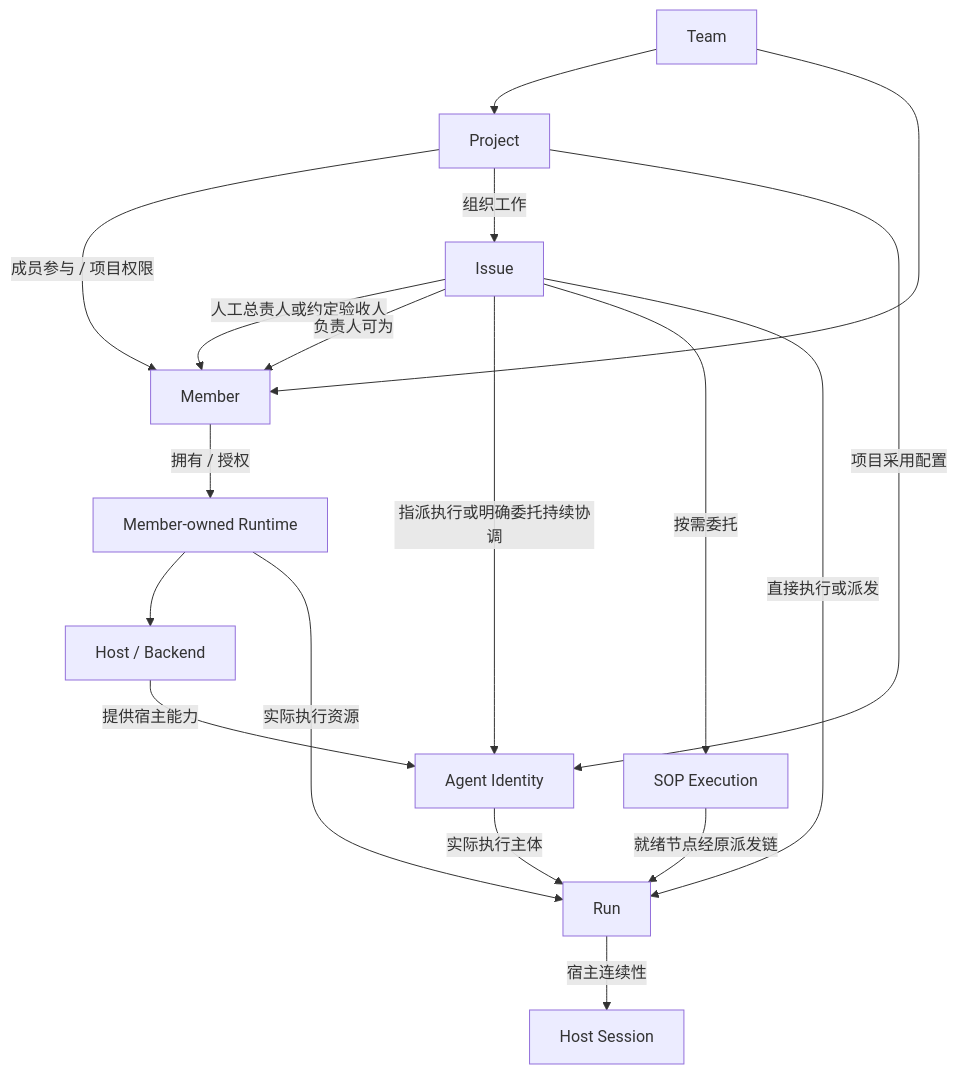
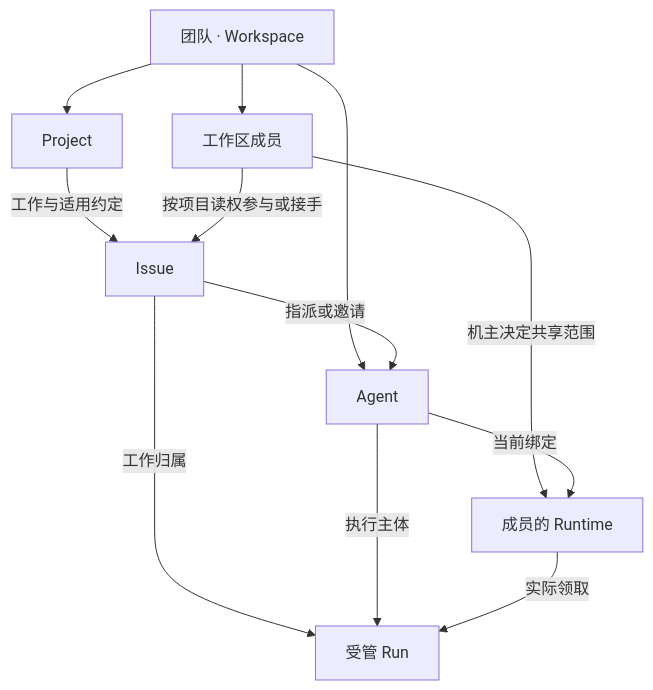
One commit to ScWen7/Issues changed the third of 7 diagrams in docs/architecture/system-architecture.md. Above: the diagram before and after it, drawn with Mermaid. The commit also changed other lines of this file and 6 other files, not shown here.

```diff
--- a/docs/architecture/system-architecture.md
+++ b/docs/architecture/system-architecture.md
@@ -193,30 +193,21 @@
 ~~~mermaid
 flowchart TB
-  Team["Team"]
+  Team["团队 · Workspace"]
+  Member["工作区成员"]
   Project["Project"]
-  Member["Member"]
-  Agent["Agent Identity"]
-  Runtime["Member-owned Runtime"]
-  Host["Host / Backend"]
   Issue["Issue"]
-  SOP["SOP Execution"]
-  Run["Run"]
-  Session["Host Session"]
+  Agent["Agent"]
+  Runtime["成员的 Runtime"]
+  Run["受管 Run"]
+  Team --> Member
   Team --> Project
-  Team --> Member
-  Project -->|"成员参与 / 项目权限"| Member
-  Project -->|"组织工作"| Issue
-  Project -->|"项目采用配置"| Agent
-  Member -->|"拥有 / 授权"| Runtime
-  Runtime --> Host
-  Host -->|"提供宿主能力"| Agent
-  Issue -->|"人工总责人或约定验收人"| Member
-  Issue -->|"负责人可为"| Member
-  Issue -->|"指派执行或明确委托持续协调"| Agent
-  Issue -->|"按需委托"| SOP
-  Issue -->|"直接执行或派发"| Run
-  SOP -->|"就绪节点经原派发链"| Run
-  Agent -->|"实际执行主体"| Run
-  Runtime -->|"实际执行资源"| Run
-  Run -->|"宿主连续性"| Session
+  Team --> Agent
+  Project -->|"工作与适用约定"| Issue
+  Member -->|"按项目读权参与或接手"| Issue
+  Issue -->|"指派或邀请"| Agent
+  Member -->|"机主决定共享范围"| Runtime
+  Agent -->|"当前绑定"| Runtime
+  Issue -->|"工作归属"| Run
+  Agent -->|"执行主体"| Run
+  Runtime -->|"实际领取"| Run
 ~~~
```
